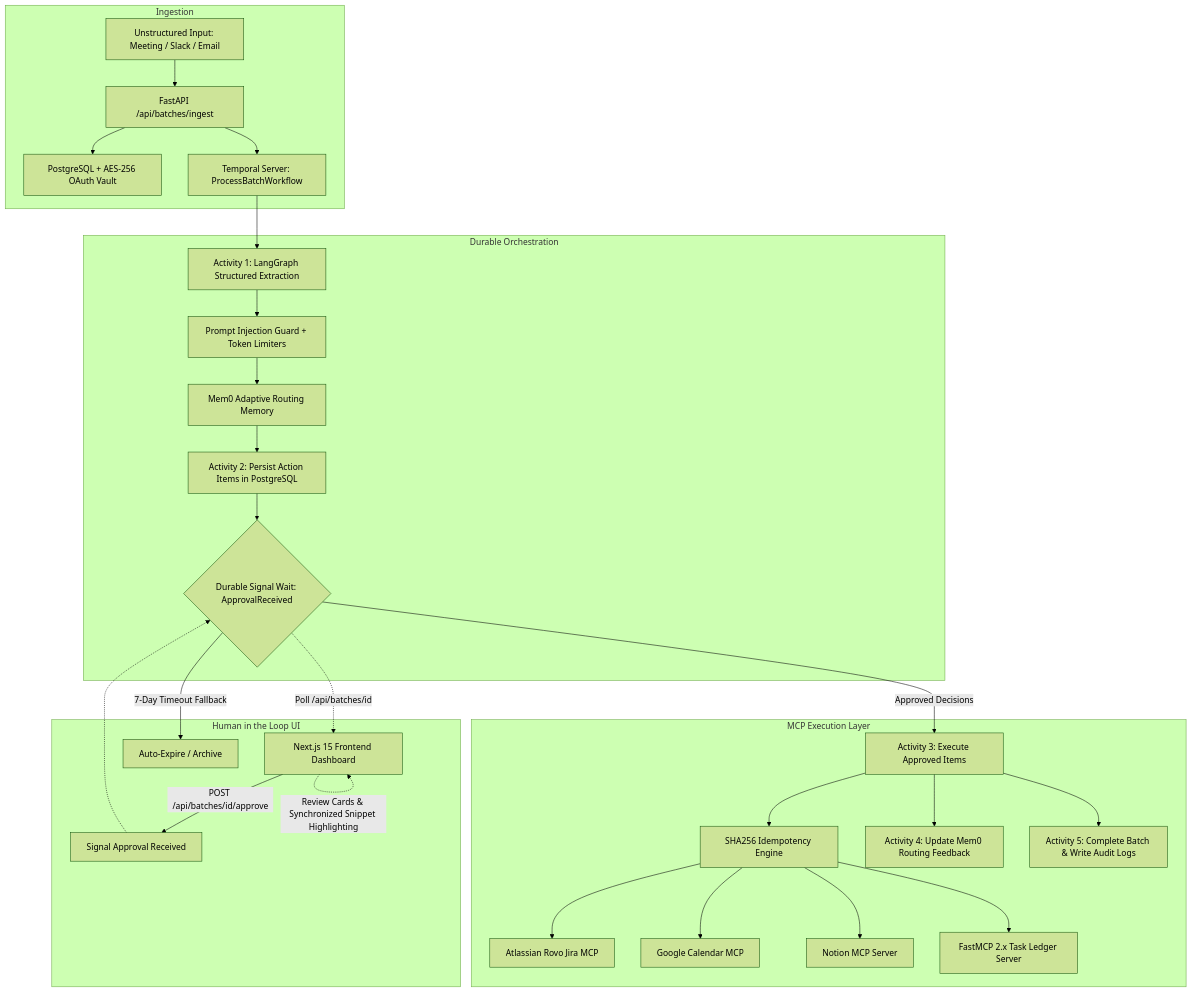
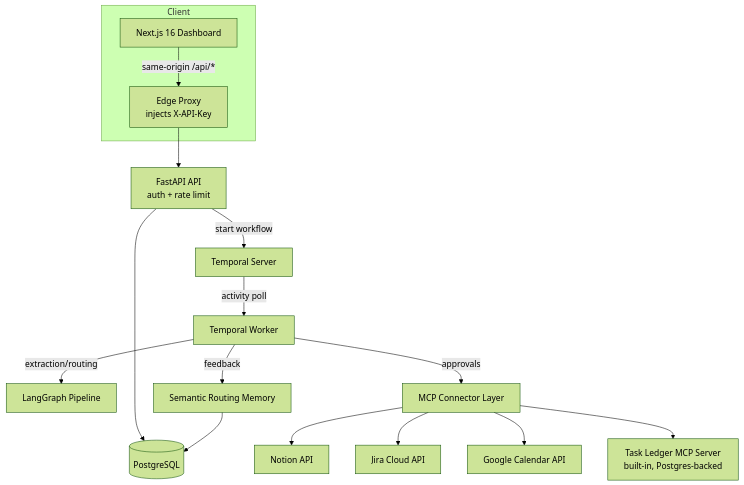
The diagram in README.md (sandeepbist/Kairos), drawn with Mermaid (forest theme) before and after one commit. The commit also changed other lines of this file and 1 other file, not shown here.

````diff
--- a/README.md
+++ b/README.md
@@ -9,35 +18,18 @@
 ```mermaid
 flowchart TD
-    subgraph Ingestion
-        A[Unstructured Input: Meeting / Slack / Email] --> B[FastAPI /api/batches/ingest]
-        B --> C[PostgreSQL + AES-256 OAuth Vault]
-        B --> D[Temporal Server: ProcessBatchWorkflow]
+    subgraph Client
+        UI[Next.js 16 Dashboard] -- "same-origin /api/*" --> PX[Edge Proxy<br/>injects X-API-Key]
     end
-
-    subgraph Durable Orchestration
-        D --> E[Activity 1: LangGraph Structured Extraction]
-        E --> F[Prompt Injection Guard + Token Limiters]
-        F --> G[Mem0 Adaptive Routing Memory]
-        G --> H[Activity 2: Persist Action Items in PostgreSQL]
-        H --> I{Durable Signal Wait: ApprovalReceived}
-    end
-
-    subgraph Human in the Loop UI
-        I -.->|Poll /api/batches/id| J[Next.js 15 Frontend Dashboard]
-        J -.->|Review Cards & Synchronized Snippet Highlighting| J
-        J -->|POST /api/batches/id/approve| K[Signal Approval Received]
-        K -.-> I
-        I -->|7-Day Timeout Fallback| L[Auto-Expire / Archive]
-    end
-
-    subgraph MCP Execution Layer
-        I -->|Approved Decisions| M[Activity 3: Execute Approved Items]
-        M --> N[SHA256 Idempotency Engine]
-        N --> O[Atlassian Rovo Jira MCP]
-        N --> P[Google Calendar MCP]
-        N --> Q[Notion MCP Server]
-        N --> R[FastMCP 2.x Task Ledger Server]
-        M --> S[Activity 4: Update Mem0 Routing Feedback]
-        M --> T[Activity 5: Complete Batch & Write Audit Logs]
-    end
+    PX --> API[FastAPI API<br/>auth + rate limit]
+    API --> DB[(PostgreSQL)]
+    API -- start workflow --> TM[Temporal Server]
+    TM -- activity poll --> WK[Temporal Worker]
+    WK -- extraction/routing --> LG[LangGraph Pipeline]
+    WK -- approvals --> MCP[MCP Connector Layer]
+    MCP --> N[Notion API]
+    MCP --> J[Jira Cloud API]
+    MCP --> C[Google Calendar API]
+    MCP --> TL[Task Ledger MCP Server<br/>built-in, Postgres-backed]
+    WK -- feedback --> MEM[Semantic Routing Memory]
+    MEM --> DB
 ```
````
